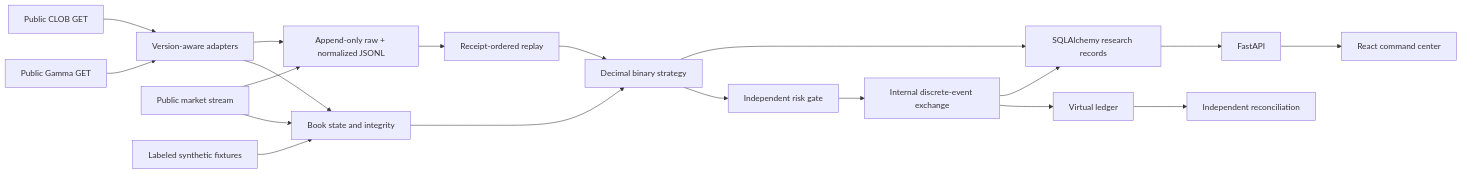
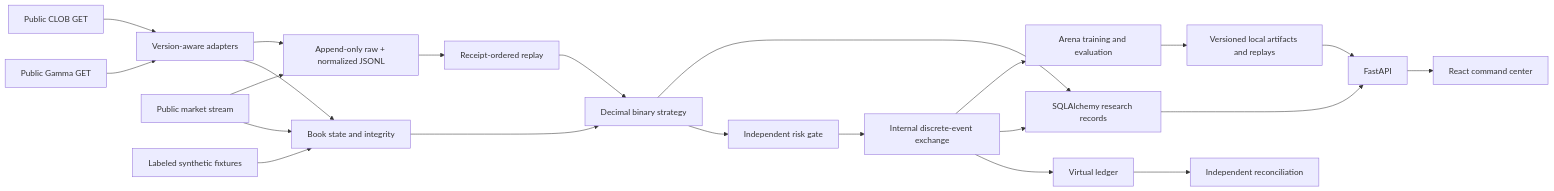
Before and after one commit to Charlemagne404/midas: the diagram in docs/ARCHITECTURE.md, drawn with Mermaid. The commit also changed other lines of this file and 14 other files, not shown here.

````diff
--- a/docs/ARCHITECTURE.md
+++ b/docs/ARCHITECTURE.md
@@ -5,21 +5,24 @@
 ```mermaid
 flowchart LR
   Gamma[Public Gamma GET] --> Adapter[Version-aware adapters]
   REST[Public CLOB GET] --> Adapter
   WS[Public market stream] --> State[Book state and integrity]
   Adapter --> State
   Demo[Labeled synthetic fixtures] --> State
   Adapter --> Journal[Append-only raw + normalized JSONL]
   WS --> Journal
   State --> Math[Decimal binary strategy]
   Math --> Risk[Independent risk gate]
   Risk --> Sim[Internal discrete-event exchange]
   Sim --> Ledger[Virtual ledger]
   Ledger --> Audit[Independent reconciliation]
   Math --> Store[SQLAlchemy research records]
   Sim --> Store
   Store --> API[FastAPI]
   API --> UI[React command center]
   Journal --> Replay[Receipt-ordered replay]
   Replay --> Math
+  Sim --> Research[Arena training and evaluation]
+  Research --> Artifacts[Versioned local artifacts and replays]
+  Artifacts --> API
 ```
````
